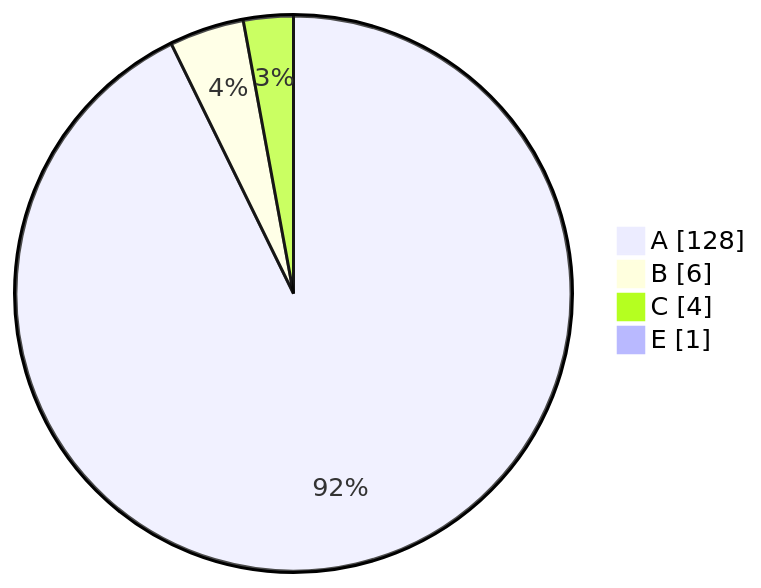
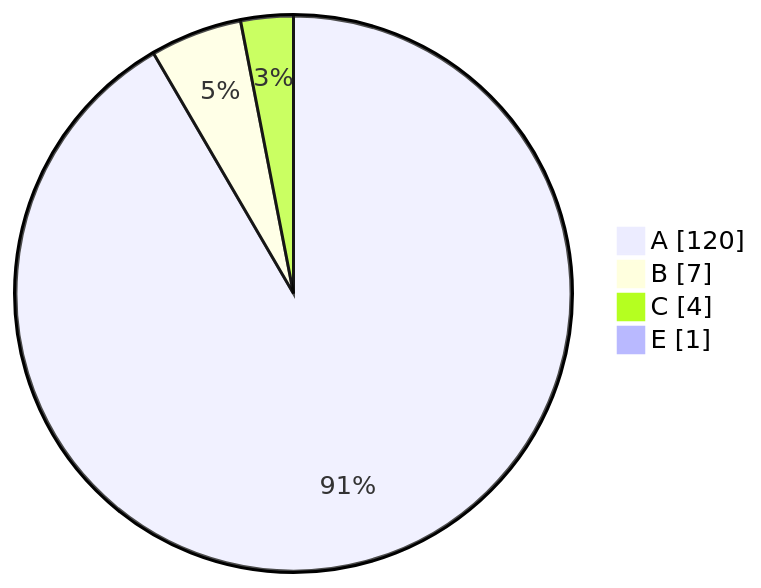
The diagram in OOP_PCOM7E_Assignment/docs/Code_Quality_Report.md (va-angelier/va-angelier.github.io), drawn with Mermaid before and after one commit. The commit also changed other lines of this file and 24 other files, not shown here.

````diff
--- a/OOP_PCOM7E_Assignment/docs/Code_Quality_Report.md
+++ b/OOP_PCOM7E_Assignment/docs/Code_Quality_Report.md
@@ -12,7 +12,7 @@
 ```mermaid
 pie showData
-  "A" : 128
-  "B" : 6
+  "A" : 120
+  "B" : 7
   "C" : 4
   "E" : 1
 ```
````
